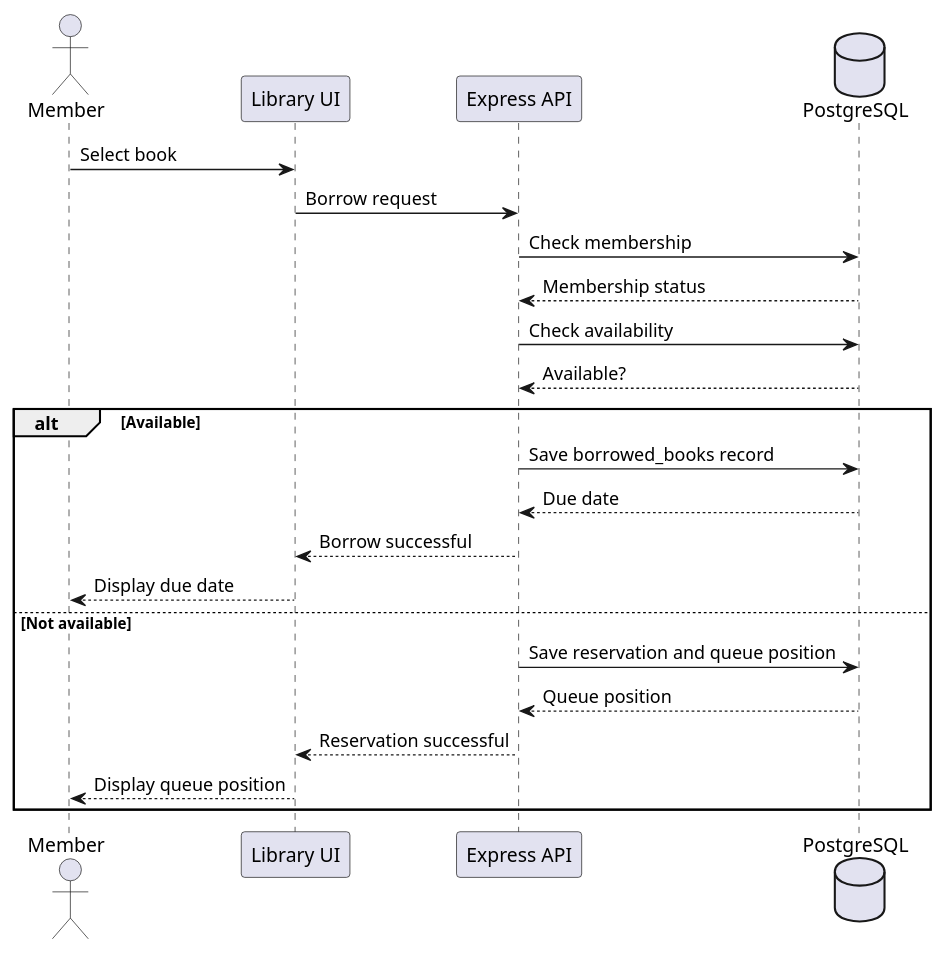
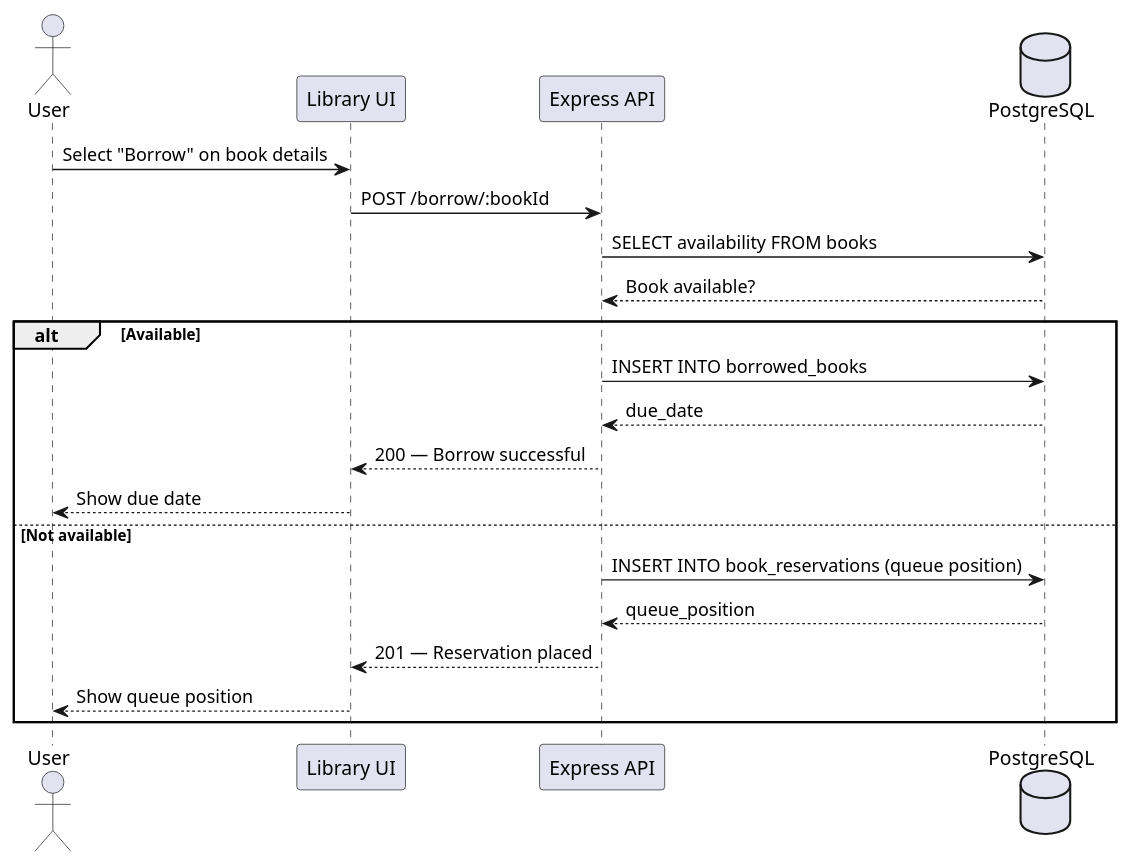
Before and after one commit to DessysGit/tesano-community-library: the fourth of 6 diagrams in docs/project-diagrams.md, drawn with PlantUML. The commit also changed other lines of this file, not shown here.

````diff
--- a/docs/project-diagrams.md
+++ b/docs/project-diagrams.md
@@ -161,27 +197,25 @@
 ```plantuml
 @startuml
-actor Member
+actor User
 participant "Library UI" as UI
 participant "Express API" as API
 database PostgreSQL as DB
 
-Member -> UI : Select book
-UI -> API : Borrow request
-API -> DB : Check membership
-DB --> API : Membership status
-API -> DB : Check availability
-DB --> API : Available?
+User -> UI : Select "Borrow" on book details
+UI -> API : POST /borrow/:bookId
+API -> DB : SELECT availability FROM books
+DB --> API : Book available?
 
 alt Available
-  API -> DB : Save borrowed_books record
-  DB --> API : Due date
-  API --> UI : Borrow successful
-  UI --> Member : Display due date
+  API -> DB : INSERT INTO borrowed_books
+  DB --> API : due_date
+  API --> UI : 200 — Borrow successful
+  UI --> User : Show due date
 else Not available
-  API -> DB : Save reservation and queue position
-  DB --> API : Queue position
-  API --> UI : Reservation successful
-  UI --> Member : Display queue position
+  API -> DB : INSERT INTO book_reservations (queue position)
+  DB --> API : queue_position
+  API --> UI : 201 — Reservation placed
+  UI --> User : Show queue position
 end
 @enduml
 ```
````
